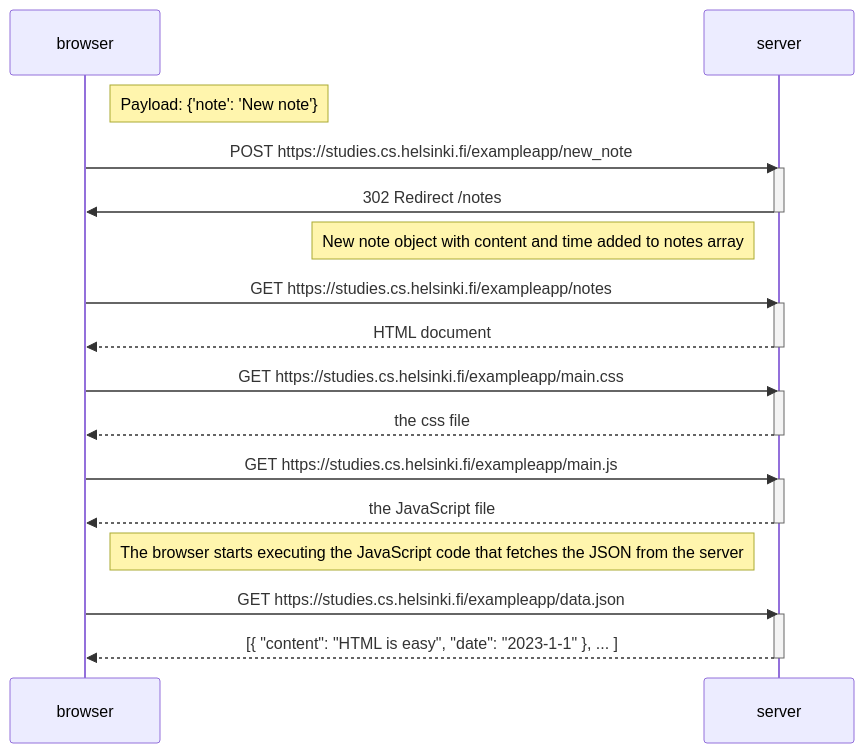
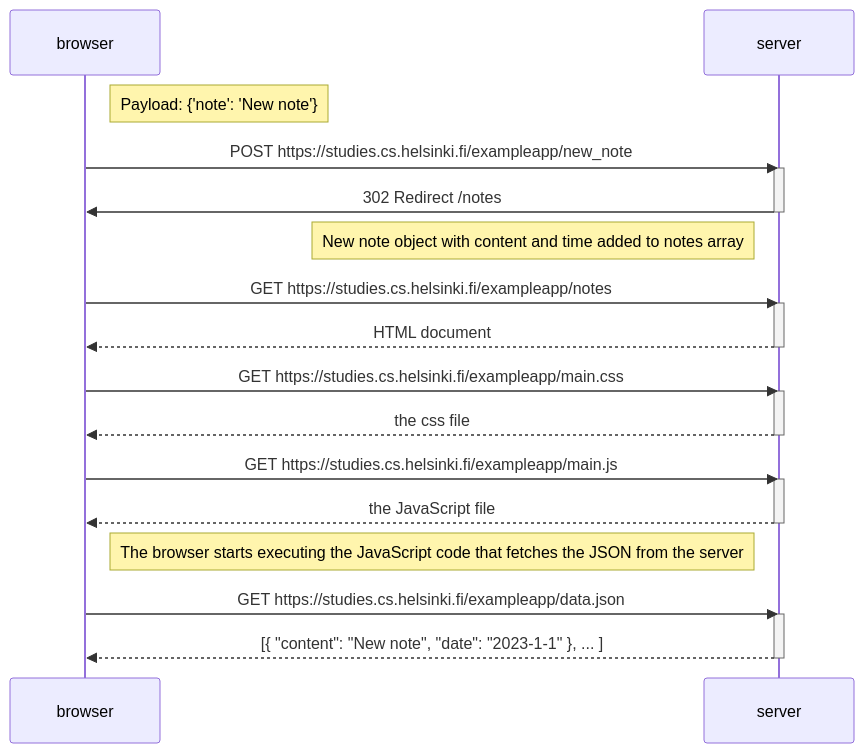
One commit to charlie-lam/full-stack-open changed the diagram in part0/04-new-note.md. Above: the diagram before and after it, drawn with Mermaid.

Commit message:
Changed note

````diff
--- a/part0/04-new-note.md
+++ b/part0/04-new-note.md
@@ -3,34 +3,34 @@
 ```mermaid
 sequenceDiagram
   participant browser
   participant server
   note right of browser: Payload:  {'note': 'New note'}
   browser ->> server: POST https://studies.cs.helsinki.fi/exampleapp/new_note 
   
   activate server
   server ->> browser: 302 Redirect /notes
   deactivate server
   note left of server: New note object with content and time added to notes array
 
   browser->>server: GET https://studies.cs.helsinki.fi/exampleapp/notes
   activate server
   server-->>browser: HTML document
   deactivate server
 
   browser->>server: GET https://studies.cs.helsinki.fi/exampleapp/main.css
   activate server
   server-->>browser: the css file
   deactivate server
 
   browser->>server: GET https://studies.cs.helsinki.fi/exampleapp/main.js
   activate server
   server-->>browser: the JavaScript file
   deactivate server
 
   Note right of browser: The browser starts executing the JavaScript code that fetches the JSON from the server
 
   browser->>server: GET https://studies.cs.helsinki.fi/exampleapp/data.json
   activate server
-  server-->>browser: [{ "content": "HTML is easy", "date": "2023-1-1" }, ... ]
+  server-->>browser: [{ "content": "New note", "date": "2023-1-1" }, ... ]
   deactivate server
 ```
````
